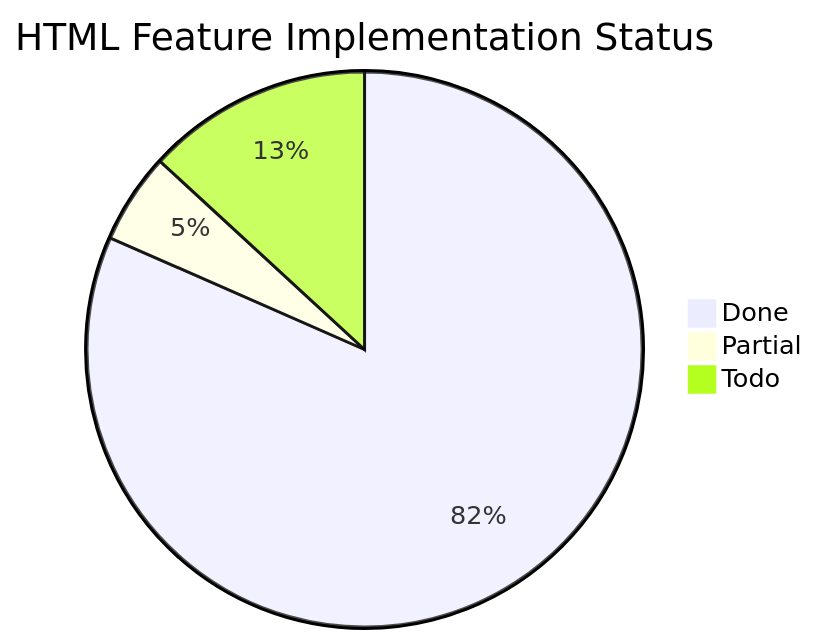
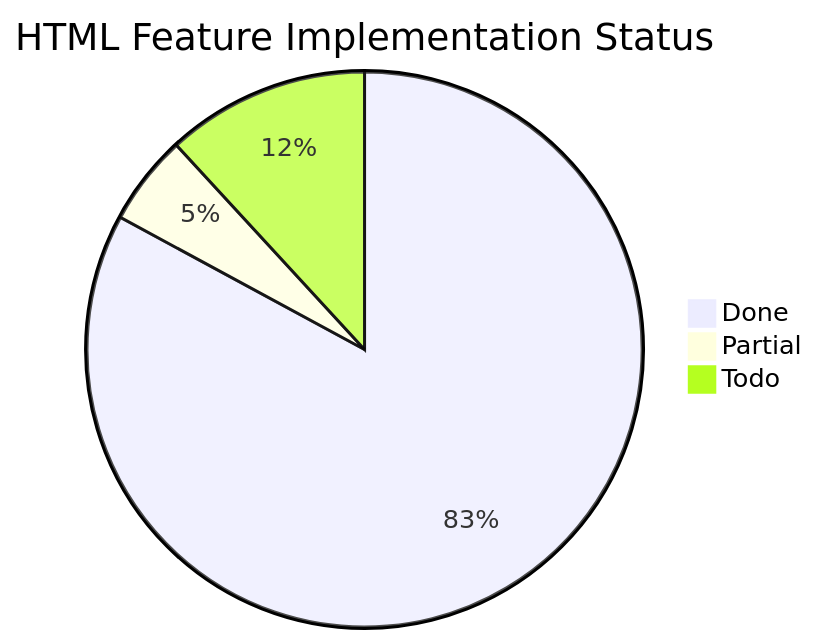
One commit to SimonCropp/OpenXmlHtml changed the third of 3 diagrams in docs/html-features.md. Above: the diagram before and after it, drawn with Mermaid. The commit also changed other lines of this file and 23 other files, not shown here.

````diff
--- a/docs/html-features.md
+++ b/docs/html-features.md
@@ -824,6 +829,6 @@
 ```mermaid
 pie title HTML Feature Implementation Status
-    "Done" : 62
+    "Done" : 63
     "Partial" : 4
-    "Todo" : 10
+    "Todo" : 9
 ```
````
